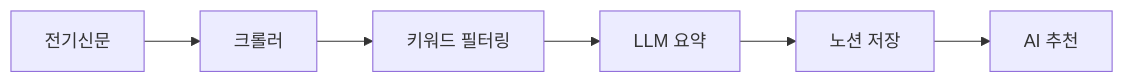
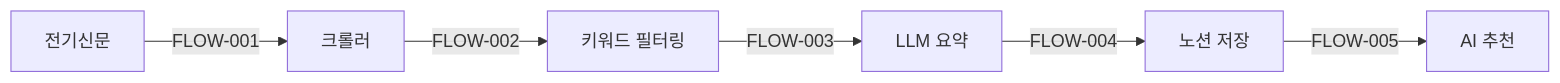
One commit to zwtiger04/AI-Agent-Full-Stack-Developer changed the first of 2 diagrams in INTEGRATED_PROJECT_GUIDE.md. Above: the diagram before and after it, drawn with Mermaid. The commit also changed other lines of this file and 20 other files, not shown here.

````diff
--- a/INTEGRATED_PROJECT_GUIDE.md
+++ b/INTEGRATED_PROJECT_GUIDE.md
@@ -27,8 +37,8 @@
 ```mermaid
 graph LR
-    A[전기신문] --> B[크롤러]
-    B --> C[키워드 필터링]
-    C --> D[LLM 요약]
-    D --> E[노션 저장]
-    E --> F[AI 추천]
+    A[전기신문] -->|FLOW-001| B[크롤러]
+    B -->|FLOW-002| C[키워드 필터링]
+    C -->|FLOW-003| D[LLM 요약]
+    D -->|FLOW-004| E[노션 저장]
+    E -->|FLOW-005| F[AI 추천]
 ```
````
